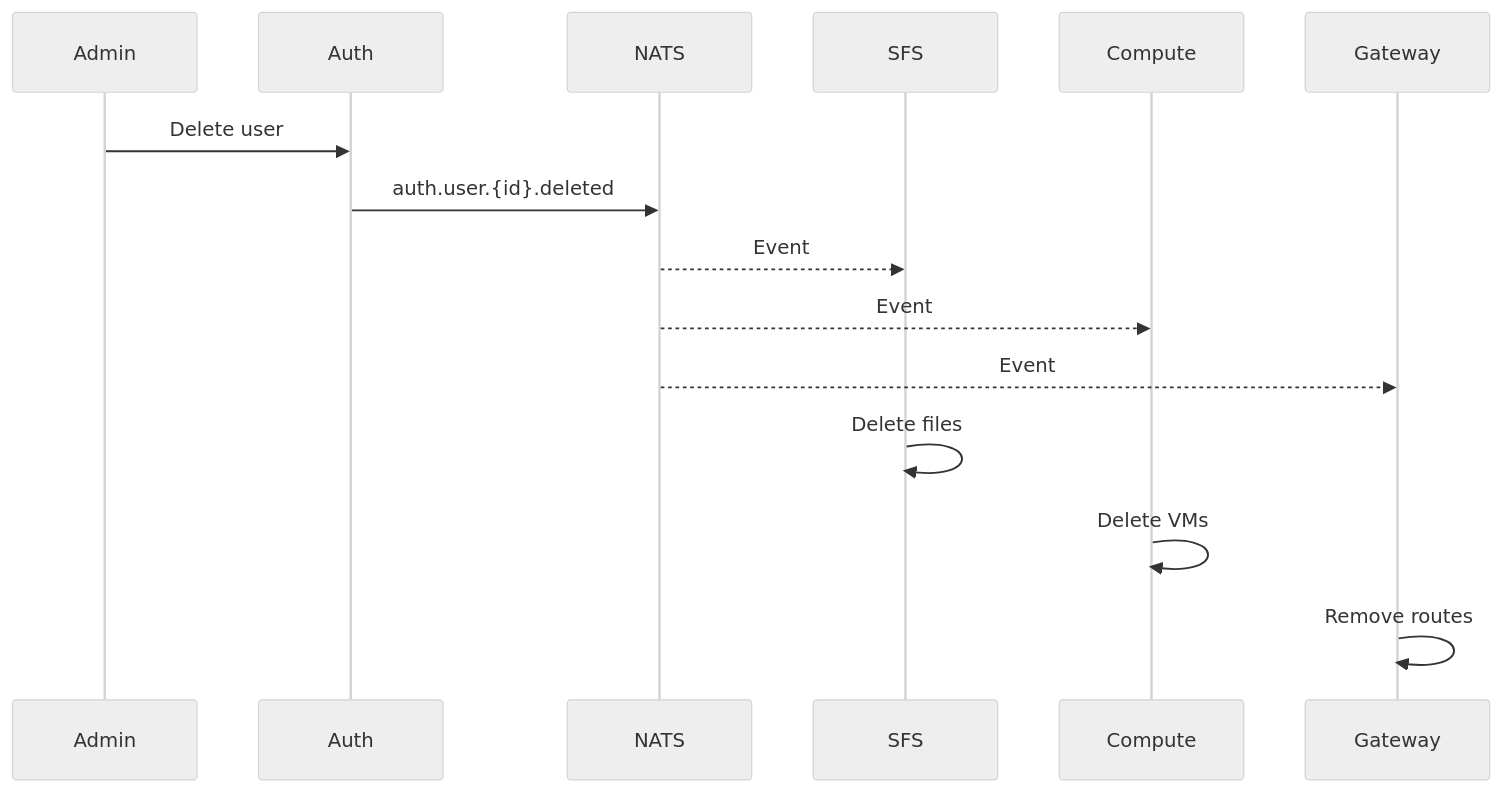
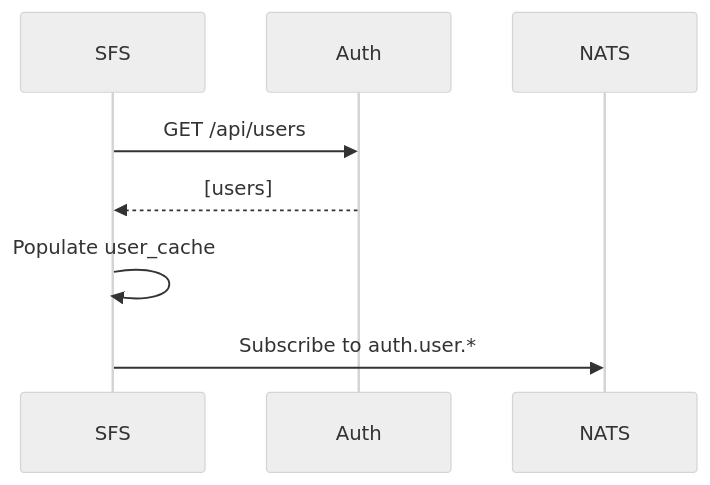
Before and after one commit to EddisonSo/cloud: the third of 3 diagrams in docs/infrastructure/event-driven.md, drawn with Mermaid (neutral theme). The commit also changed other lines of this file, not shown here.

First line of the commit message:
Update event-driven architecture documentation

````diff
--- a/docs/infrastructure/event-driven.md
+++ b/docs/infrastructure/event-driven.md
@@ -65,18 +85,11 @@
 ```mermaid
 sequenceDiagram
-    participant Admin
+    participant SFS
     participant Auth
     participant NATS
-    participant SFS
-    participant Compute
-    participant Gateway
 
-    Admin->>Auth: Delete user
-    Auth->>NATS: auth.user.{id}.deleted
-    NATS-->>SFS: Event
-    NATS-->>Compute: Event
-    NATS-->>Gateway: Event
-    SFS->>SFS: Delete files
-    Compute->>Compute: Delete VMs
-    Gateway->>Gateway: Remove routes
+    SFS->>Auth: GET /api/users
+    Auth-->>SFS: [users]
+    SFS->>SFS: Populate user_cache
+    SFS->>NATS: Subscribe to auth.user.*
 ```
````
